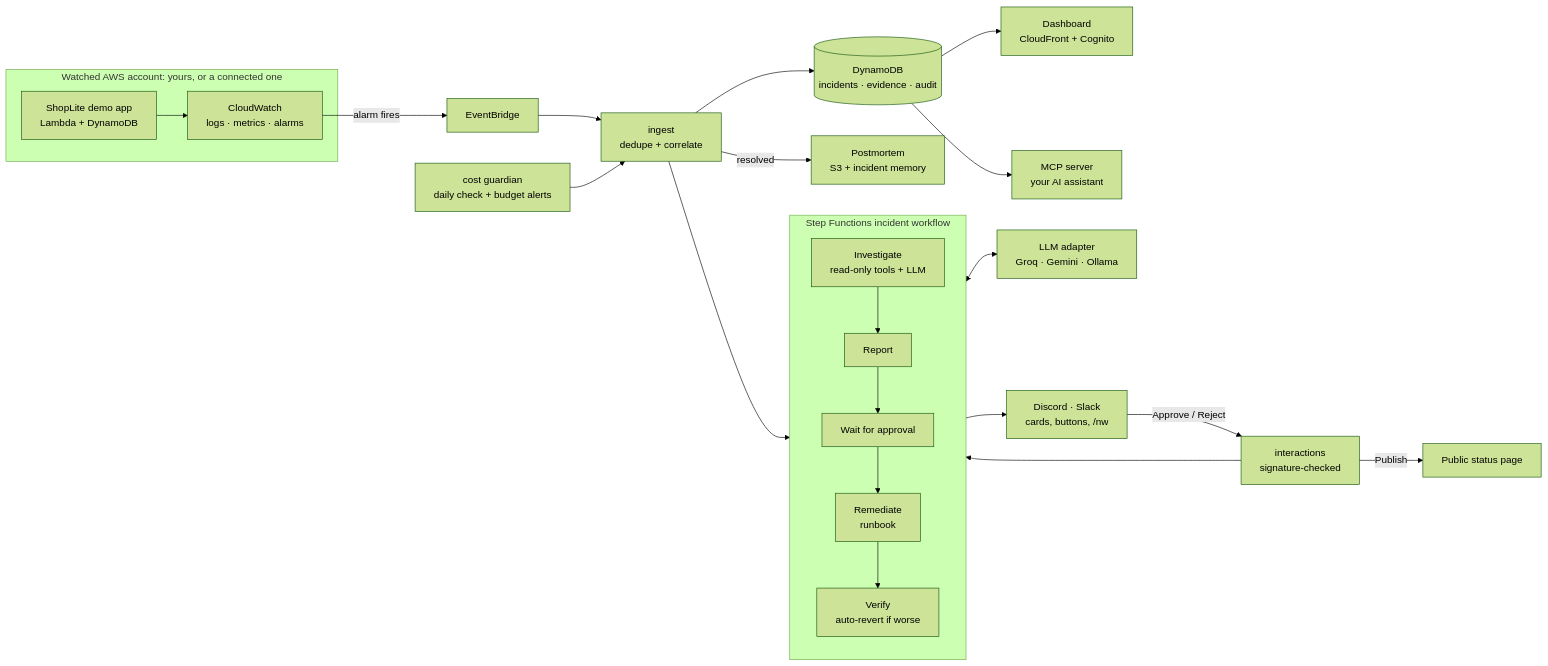
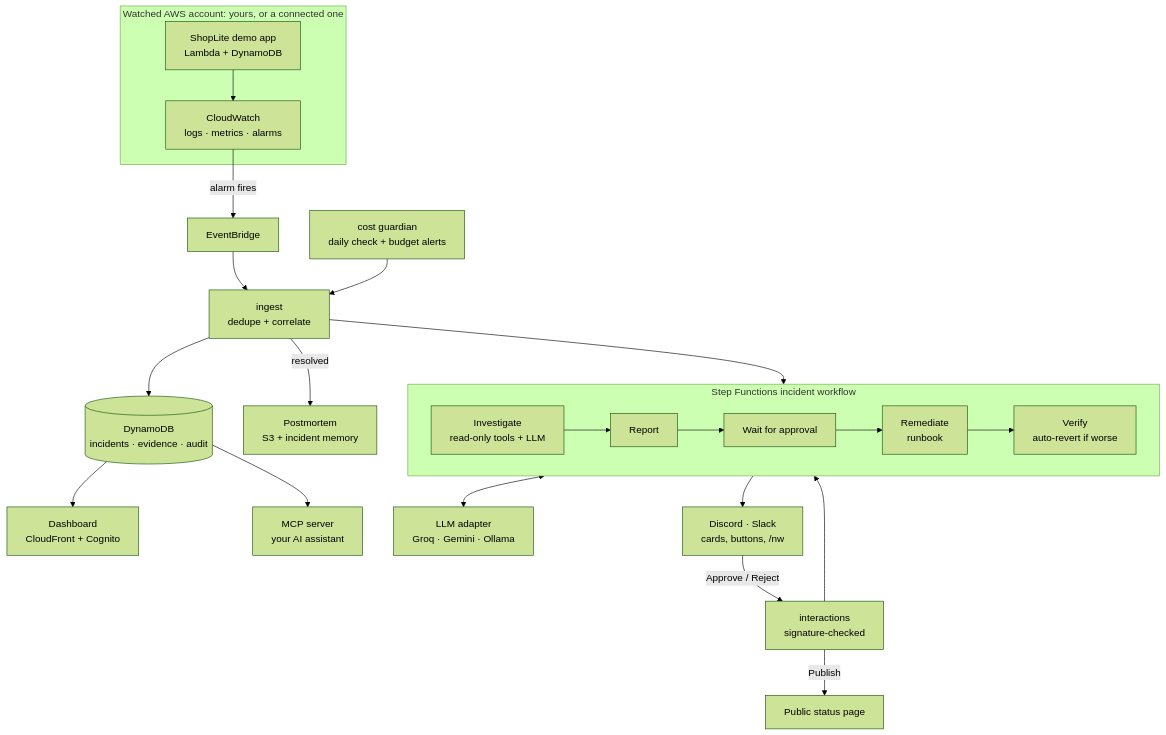
Before and after one commit to RaagulGananathan13/nightwatch: the diagram in docs/architecture.md, drawn with Mermaid (forest theme). The commit also changed 7 other files, not shown here.

````diff
--- a/docs/architecture.md
+++ b/docs/architecture.md
@@ -6,27 +6,27 @@
 ```mermaid
-flowchart LR
+flowchart TB
     subgraph watched["Watched AWS account: yours, or a connected one"]
         SL["ShopLite demo app<br/>Lambda + DynamoDB"]
         CW["CloudWatch<br/>logs · metrics · alarms"]
         SL --> CW
     end
 
     CW -- alarm fires --> EB["EventBridge"] --> ING["ingest<br/>dedupe + correlate"]
     COST["cost guardian<br/>daily check + budget alerts"] --> ING
     ING --> DB[("DynamoDB<br/>incidents · evidence · audit")]
     ING --> WF
 
     subgraph WF["Step Functions incident workflow"]
-        direction TB
+        direction LR
         INV["Investigate<br/>read-only tools + LLM"] --> REP["Report"] --> WAIT["Wait for approval"]
         WAIT --> FIX["Remediate<br/>runbook"] --> VER["Verify<br/>auto-revert if worse"]
     end
 
     INV <--> LLM["LLM adapter<br/>Groq · Gemini · Ollama"]
     REP --> CHAT["Discord · Slack<br/>cards, buttons, /nw"]
     CHAT -- Approve / Reject --> INT["interactions<br/>signature-checked"] --> WAIT
     ING -- resolved --> PM["Postmortem<br/>S3 + incident memory"]
     DB --> DASH["Dashboard<br/>CloudFront + Cognito"]
     DB --> MCP["MCP server<br/>your AI assistant"]
     INT -- Publish --> SP["Public status page"]
 ```
````
